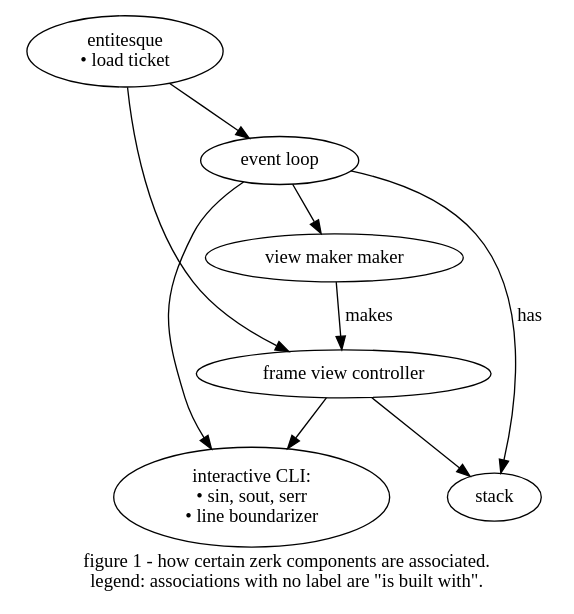
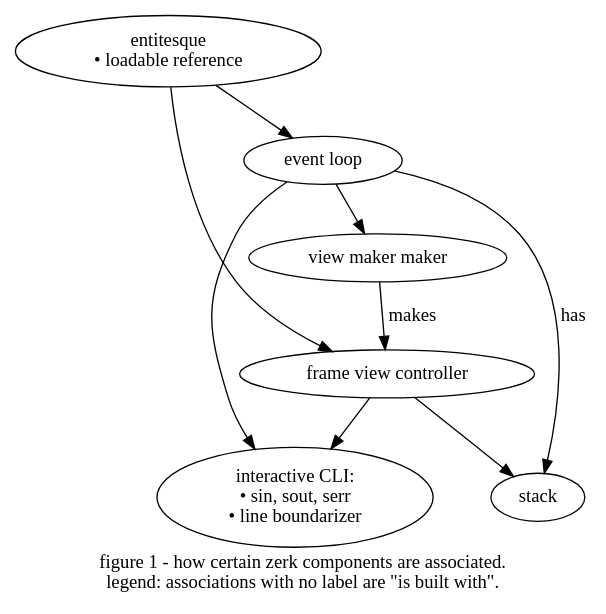
The diagram in zerk/doc/issues/009/figure-1-erd.dot (hipe/tmx), drawn with Graphviz before and after one commit. The commit also changed 100 other files, not shown here.

```diff
--- a/zerk/doc/issues/009/figure-1-erd.dot
+++ b/zerk/doc/issues/009/figure-1-erd.dot
@@ -1,25 +1,25 @@
 digraph g {
 
   label="figure 1 - how certain zerk components are associated.
 legend: associations with no label are \"is built with\"."
 
   el [label="event loop"]
   el->ic
   ic [label="interactive CLI:\n• sin, sout, serr\n• line boundarizer"]
   el->vmm
   vmm [label="view maker maker"]
 
   vmm->fvc [label="makes"]
 
   fvc [label="frame view controller"]
 
   fvc->stack
   el->stack [label="has"]
   fvc->ic
 
   # (was subgraph)
 
-    entitesque [label="entitesque\n• load ticket"]
+    entitesque [label="entitesque\n• loadable reference"]
     entitesque->el
     entitesque->fvc
 }
```
